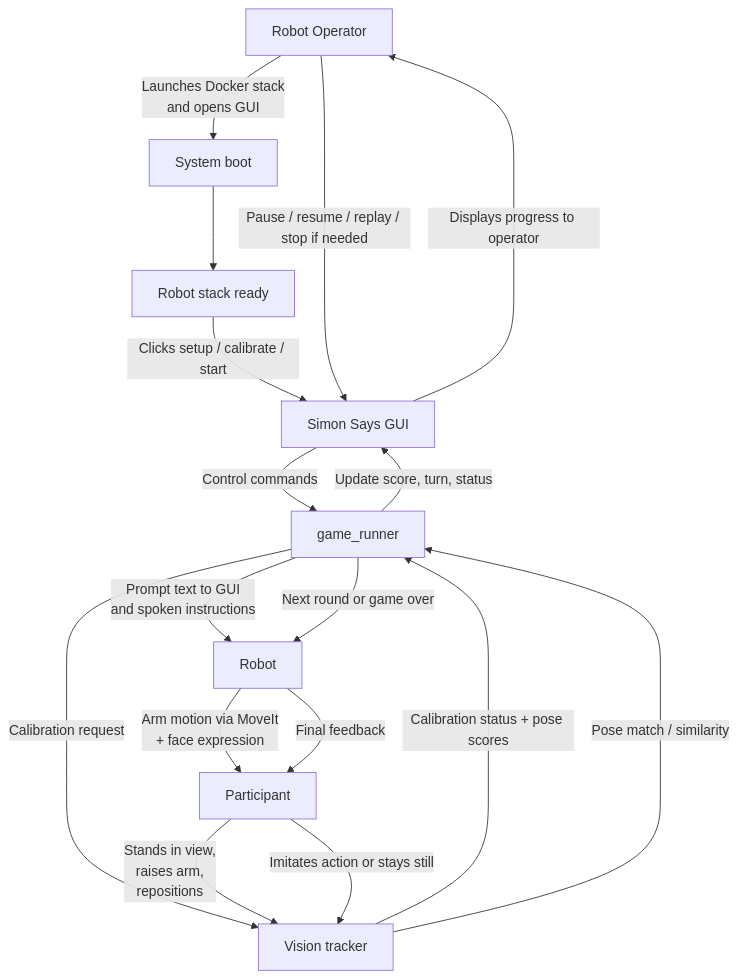
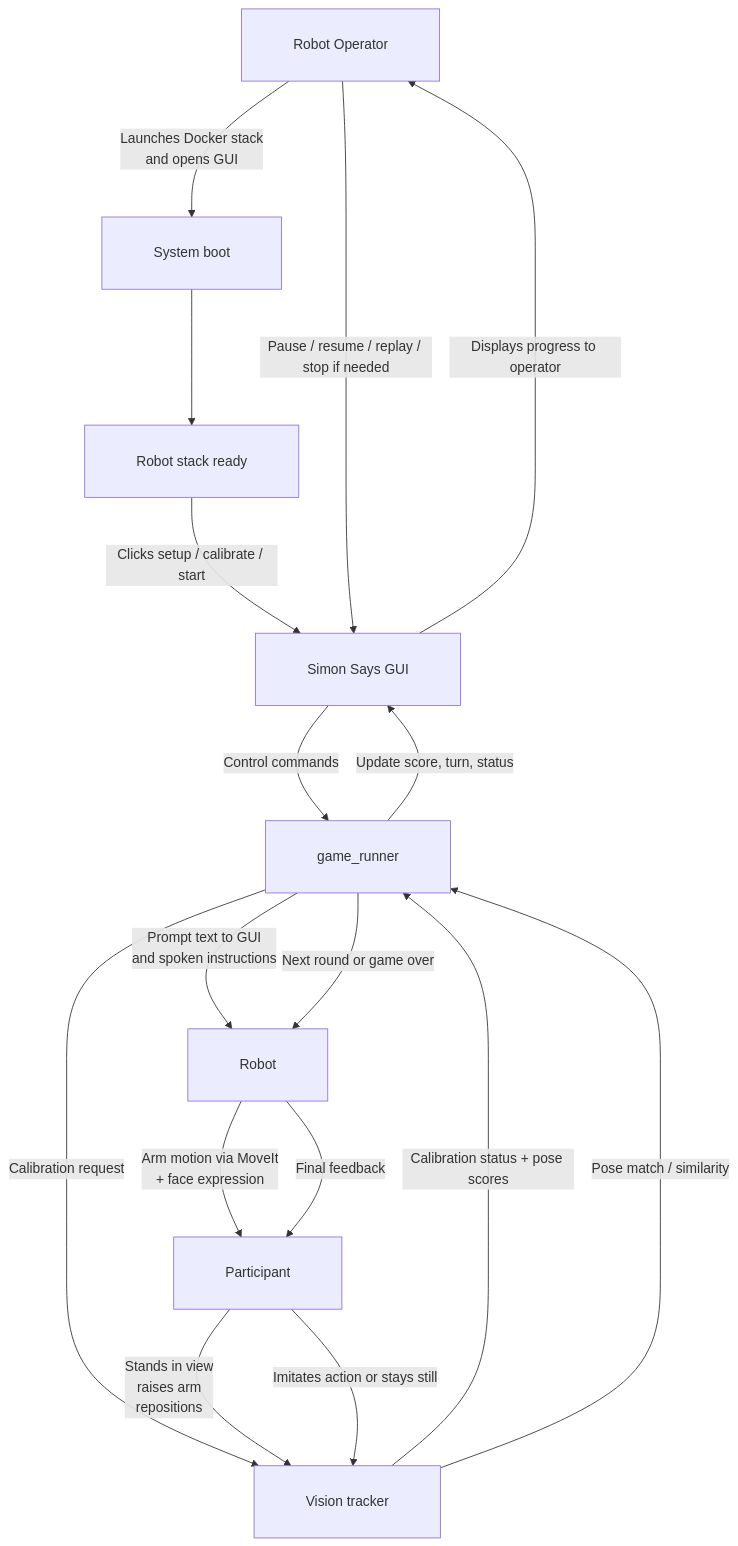
Before and after one commit to anht-nguyen/FloSystemV2_GameDemo: the third of 3 diagrams in docs/architecture_diagrams.md, drawn with Mermaid. The commit also changed other lines of this file, not shown here.

Commit message:
Enhance Human-Robot Interaction Flow diagram: update line breaks for better readability in Mermaid syntax

````diff
--- a/docs/architecture_diagrams.md
+++ b/docs/architecture_diagrams.md
@@ -126,22 +126,23 @@
 ```mermaid
+%%{init: {"flowchart": {"nodeSpacing": 90, "rankSpacing": 110, "padding": 30, "htmlLabels": true}, "themeCSS": ".edgeLabel { font-size: 10px; padding: 4px 8px; }"}}%%
 flowchart TD
-  op["Robot Operator"] -->|"Launches Docker stack\nand opens GUI"| boot["System boot"]
+  op["Robot Operator"] -->|"Launches Docker stack<br/>and opens GUI"| boot["System boot"]
   boot --> robot_ready["Robot stack ready"]
   robot_ready -->|"Clicks setup / calibrate / start"| gui["Simon Says GUI"]
 
   gui -->|"Control commands"| runner["game_runner"]
   runner -->|"Calibration request"| vision["Vision tracker"]
-  participant["Participant"] -->|"Stands in view,\nraises arm,\nrepositions"| vision
+  participant["Participant"] -->|"Stands in view<br/>raises arm<br/>repositions"| vision
   vision -->|"Calibration status + pose scores"| runner
-  runner -->|"Prompt text to GUI\nand spoken instructions"| robot["Robot"]
-  robot -->|"Arm motion via MoveIt\n+ face expression"| participant
+  runner -->|"Prompt text to GUI<br/>and spoken instructions"| robot["Robot"]
+  robot -->|"Arm motion via MoveIt<br/>+ face expression"| participant
 
   participant -->|"Imitates action or stays still"| vision
   vision -->|"Pose match / similarity"| runner
   runner -->|"Update score, turn, status"| gui
   gui -->|"Displays progress to operator"| op
 
   op -->|"Pause / resume / replay / stop if needed"| gui
   runner -->|"Next round or game over"| robot
   robot -->|"Final feedback"| participant
 ```
````
